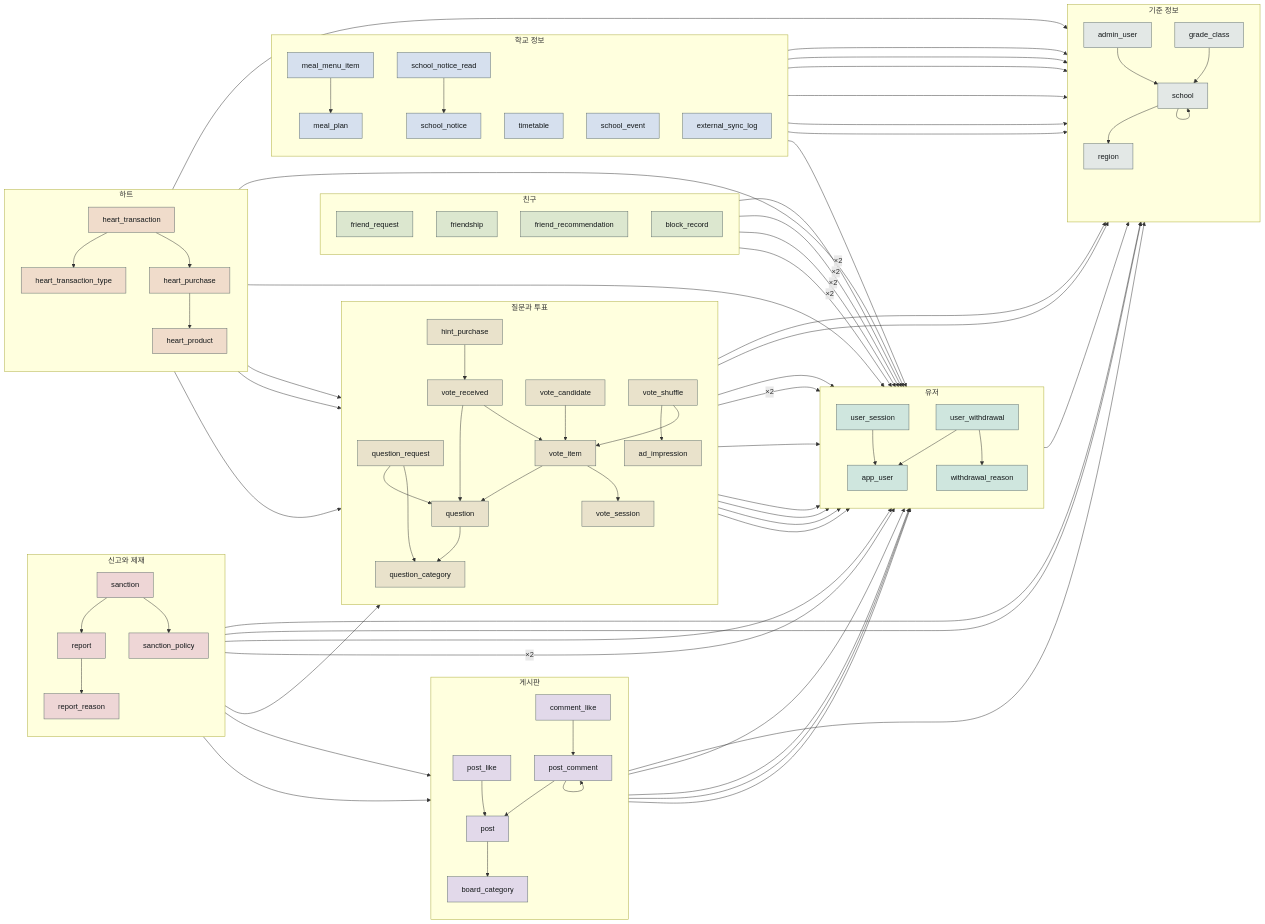
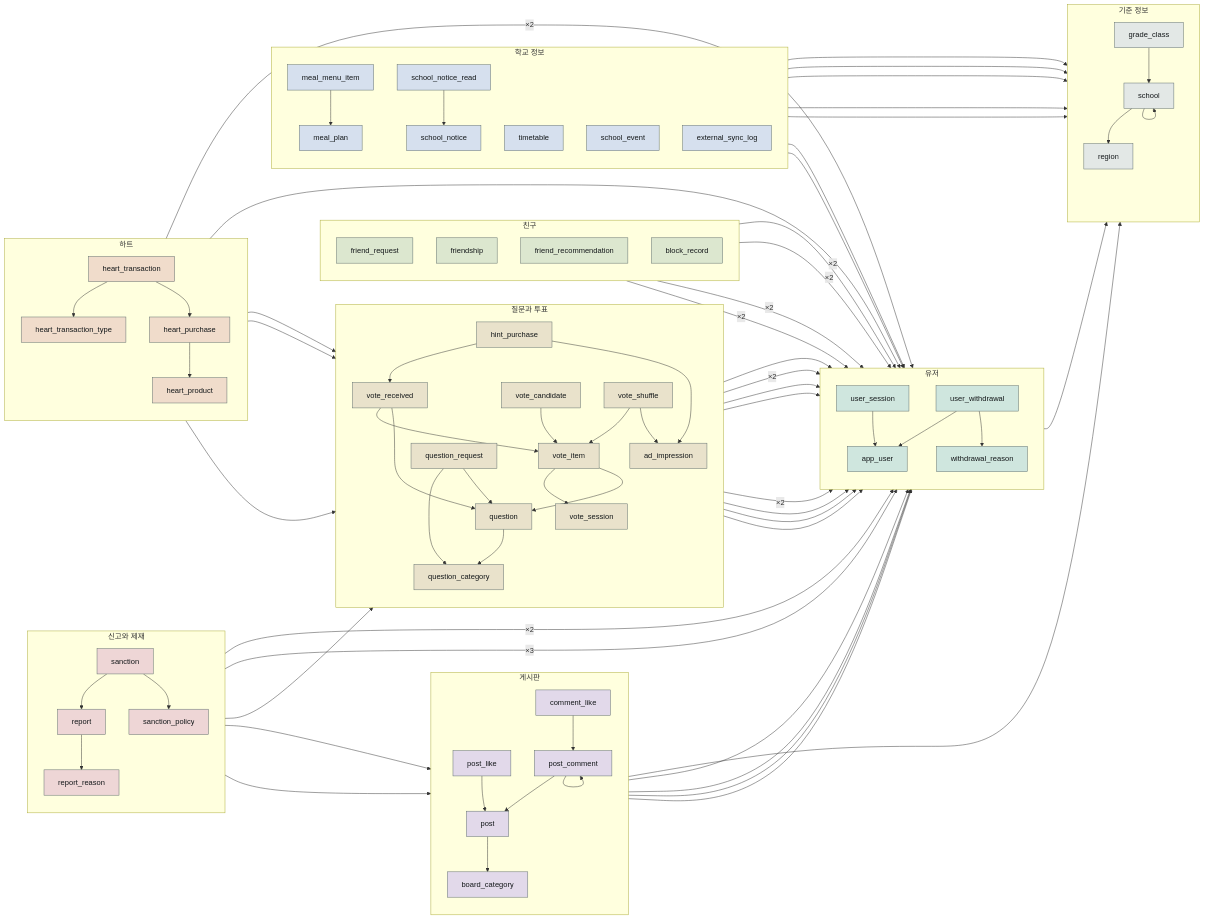
Before and after one commit to hyungmin0629/ping-v2: the first of 9 diagrams in docs/erd.md, drawn with Mermaid. The commit also changed other lines of this file and 19 other files, not shown here.

First line of the commit message:
W17: admin_user 를 없애고 app_user.is_admin 으로 접는다

```diff
--- a/docs/erd.md
+++ b/docs/erd.md
@@ -22,7 +22,6 @@
         region[region]
         school[school]
         grade_class[grade_class]
-        admin_user[admin_user]
     end
     subgraph g1["유저"]
         direction TB
@@ -84,7 +83,6 @@
         comment_like[comment_like]
     end
     ad_impression --> app_user
-    admin_user --> school
     app_user --> grade_class
     block_record -->|"×2"| app_user
     comment_like --> app_user
@@ -97,12 +95,12 @@
     heart_purchase --> app_user
     heart_purchase --> heart_product
     heart_transaction --> ad_impression
-    heart_transaction --> admin_user
-    heart_transaction --> app_user
+    heart_transaction -->|"×2"| app_user
     heart_transaction --> heart_purchase
     heart_transaction --> heart_transaction_type
     heart_transaction --> hint_purchase
     heart_transaction --> vote_item
+    hint_purchase --> ad_impression
     hint_purchase --> app_user
     hint_purchase --> vote_received
     meal_menu_item --> meal_plan
@@ -115,26 +113,23 @@
     post_comment --> post_comment
     post_like --> app_user
     post_like --> post
-    question --> admin_user
+    question --> app_user
     question --> question_category
-    question_request --> admin_user
-    question_request --> app_user
+    question_request -->|"×2"| app_user
     question_request --> question
     question_request --> question_category
-    report --> admin_user
-    report -->|"×2"| app_user
+    report -->|"×3"| app_user
     report --> post
     report --> post_comment
     report --> question
     report --> report_reason
-    sanction --> admin_user
-    sanction --> app_user
+    sanction -->|"×2"| app_user
     sanction --> report
     sanction --> sanction_policy
     school --> region
     school --> school
     school_event --> school
-    school_notice --> admin_user
+    school_notice --> app_user
     school_notice --> school
     school_notice_read --> app_user
     school_notice_read --> school_notice
@@ -154,7 +149,7 @@
     vote_shuffle --> ad_impression
     vote_shuffle --> vote_item
     classDef c0 fill:#E3E8E6,stroke:#5C6B6B,color:#14181A
-    class region,school,grade_class,admin_user c0
+    class region,school,grade_class c0
     classDef c1 fill:#CFE6DE,stroke:#5C6B6B,color:#14181A
     class app_user,user_session,user_withdrawal,withdrawal_reason c1
     classDef c2 fill:#DCE7CF,stroke:#5C6B6B,color:#14181A
```
